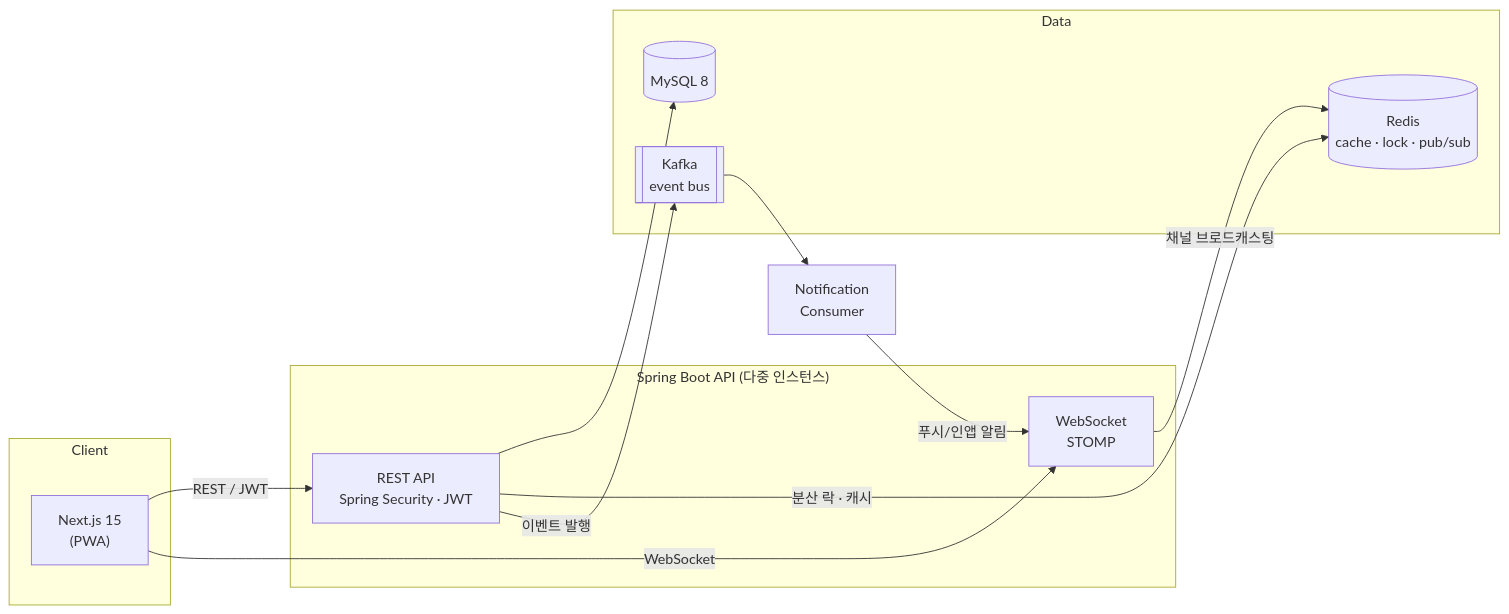
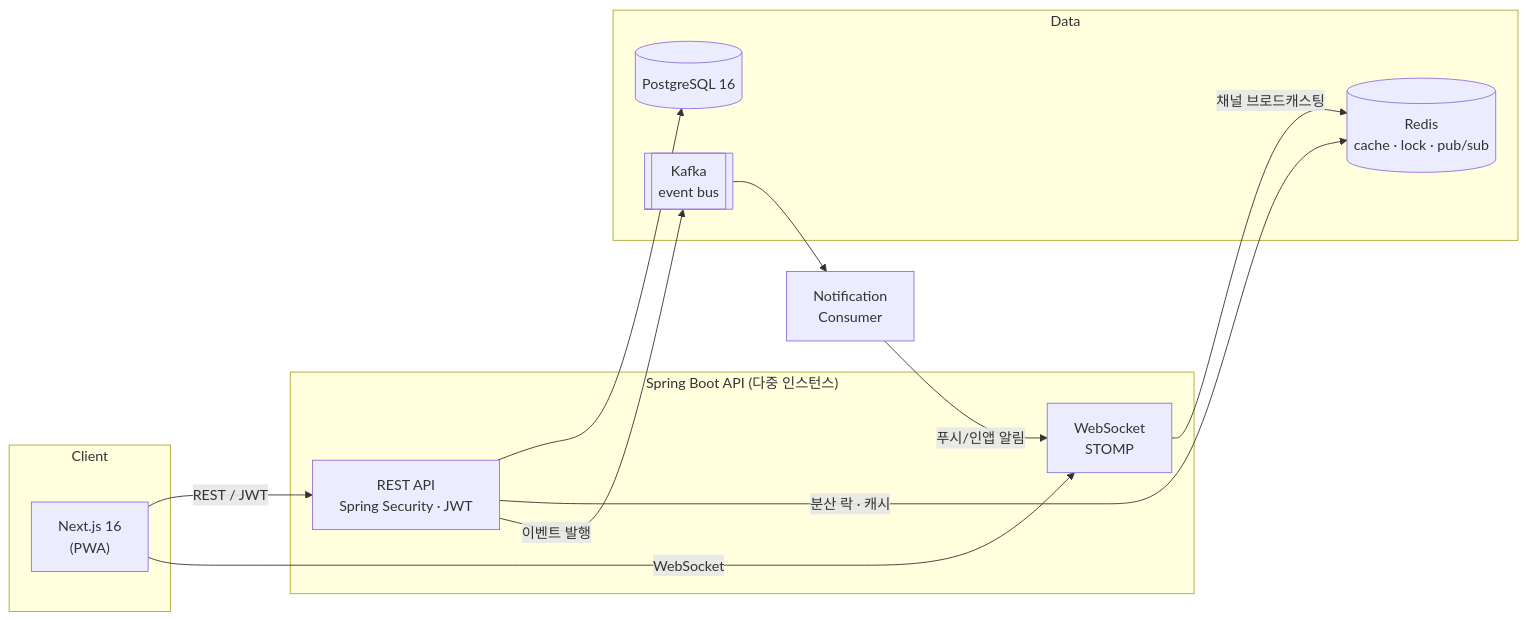
Before and after one commit to doyeon0115/crew-schedule: the first of 2 diagrams in README.md, drawn with Mermaid. The commit also changed other lines of this file and 1 other file, not shown here.

Commit message:
docs: align stack to Spring Boot 3.5, PostgreSQL, Next.js 16, Web Push

````diff
--- a/README.md
+++ b/README.md
@@ -79,25 +80,25 @@
 ```mermaid
 flowchart LR
     subgraph Client
-        FE["Next.js 15<br/>(PWA)"]
+        FE["Next.js 16<br/>(PWA)"]
     end
     subgraph Server["Spring Boot API (다중 인스턴스)"]
         API["REST API<br/>Spring Security · JWT"]
         WS["WebSocket<br/>STOMP"]
     end
     subgraph Data
-        DB[("MySQL 8")]
+        DB[("PostgreSQL 16")]
         REDIS[("Redis<br/>cache · lock · pub/sub")]
         KAFKA[["Kafka<br/>event bus"]]
     end
     NOTI["Notification<br/>Consumer"]
 
     FE -- "REST / JWT" --> API
     FE -- "WebSocket" --> WS
     API --> DB
     API -- "분산 락 · 캐시" --> REDIS
     WS -- "채널 브로드캐스팅" --> REDIS
     API -- "이벤트 발행" --> KAFKA
     KAFKA --> NOTI
     NOTI -- "푸시/인앱 알림" --> WS
 ```
````
